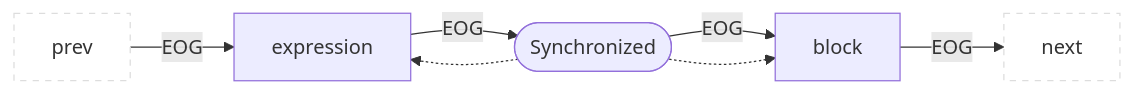
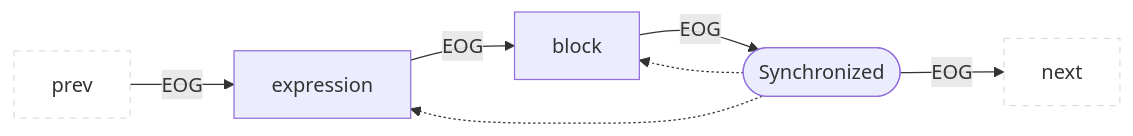
Diagram 31 of 49 in docs/docs/CPG/specs/eog.md (Fraunhofer-AISEC/cpg), drawn with Mermaid before and after one commit. The commit also changed other lines of this file, not shown here.

````diff
--- a/docs/docs/CPG/specs/eog.md
+++ b/docs/docs/CPG/specs/eog.md
@@ -592,10 +592,10 @@
 ```mermaid
 flowchart LR
   classDef outer fill:#fff,stroke:#ddd,stroke-dasharray:5 5;
   prev:::outer --EOG--> child1["expression"]
-  child1 --EOG--> parent(["Synchronized"])
-  parent --EOG--> child2["block"]
-  child2 --EOG--> next:::outer
+  child1 --EOG--> child2["block"]
+  child2 --EOG--> parent(["Synchronized"])
+  parent --EOG--> next:::outer
   parent -.-> child1
   parent -.-> child2
 ```
````
